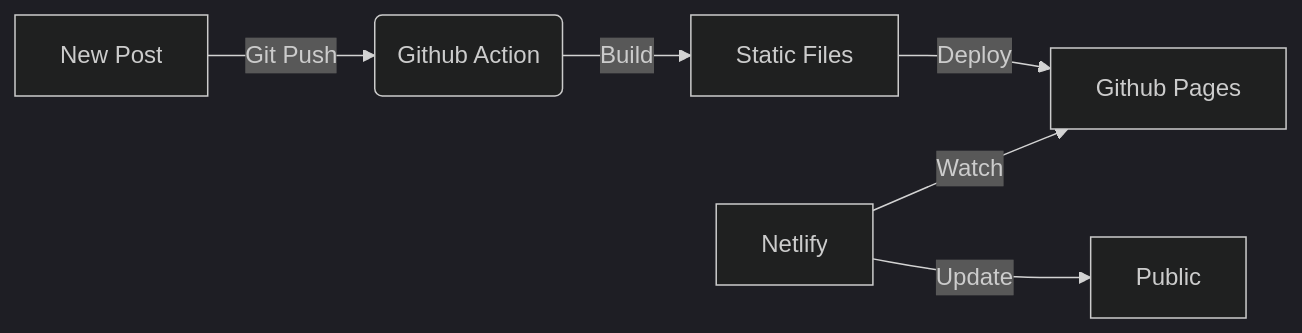
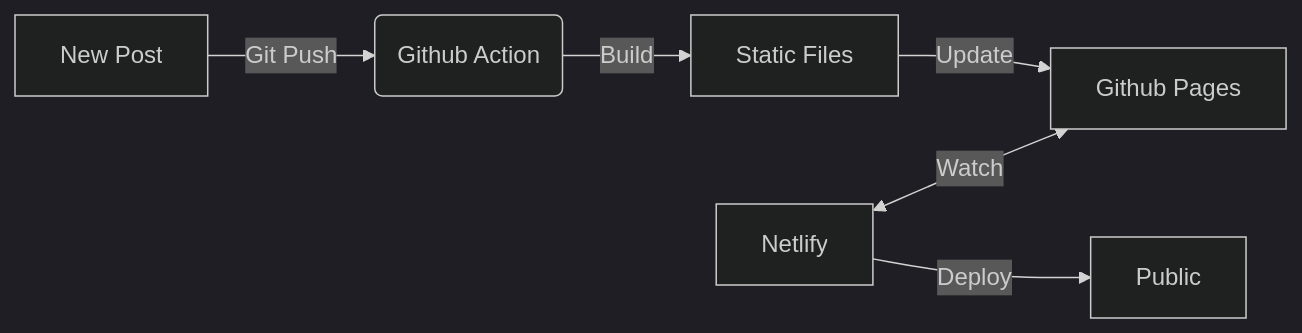
Before and after one commit to whitefirer/mysite: the diagram in content/posts/how-to-settingup-blog-with-hugo-github-netlify/index.md, drawn with Mermaid (dark theme). The commit also changed other lines of this file and 1 other file, not shown here.

Commit message:
change the pictures of the about

```diff
--- a/content/posts/how-to-settingup-blog-with-hugo-github-netlify/index.md
+++ b/content/posts/how-to-settingup-blog-with-hugo-github-netlify/index.md
@@ -21,8 +21,8 @@
 {{< mermaid >}}
 flowchart LR
 Write[New Post] -->|Git Push| GitHub(Github Action)
 GitHub -->|Build| Files[Static Files]
-Files -->|Deploy| Pages[Github Pages]
-Netlify -->|Watch| Pages
-Netlify -->|Update| Public
+Files -->|Update| Pages[Github Pages]
+Netlify <-->|Watch| Pages
+Netlify -->|Deploy| Public
 {{< /mermaid >}}
```
